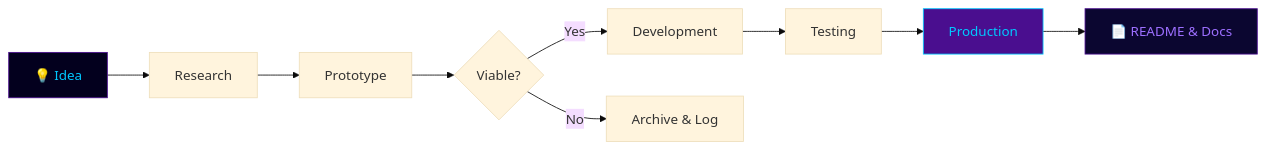
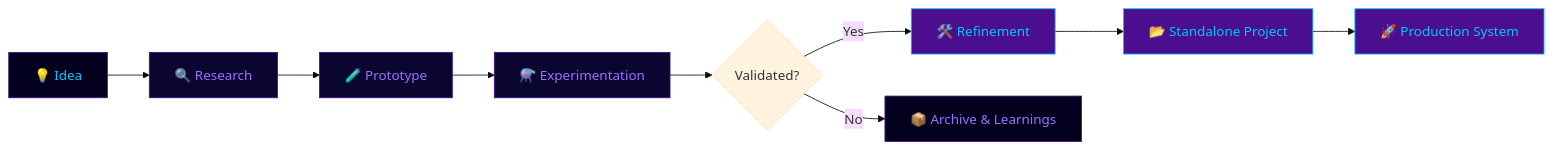
Before and after one commit to ik-awais/Python_Projects: the diagram in PAI/README.md, drawn with Mermaid (base theme). The commit also changed other lines of this file, not shown here.

````diff
--- a/PAI/README.md
+++ b/PAI/README.md
@@ -387,14 +57,19 @@
 ```mermaid
 flowchart LR
-    A[💡 Idea] --> B[Research]
-    B --> C[Prototype]
-    C --> D{Viable?}
-    D -- Yes --> E[Development]
-    D -- No --> F[Archive & Log]
-    E --> G[Testing]
-    G --> H[Production]
-    H --> I[📄 README & Docs]
+    A[💡 Idea] --> B[🔍 Research]
+    B --> C[🧪 Prototype]
+    C --> D[⚗️ Experimentation]
+    D --> E{Validated?}
+    E -- Yes --> F[🛠️ Refinement]
+    E -- No --> G[📦 Archive & Learnings]
+    F --> H[📂 Standalone Project]
+    H --> I[🚀 Production System]
     style A fill:#03001e,color:#00c8ff,stroke:#4a0e8f
+    style B fill:#0b0630,color:#9d6fff,stroke:#4a0e8f
+    style C fill:#0b0630,color:#9d6fff,stroke:#4a0e8f
+    style D fill:#0b0630,color:#9d6fff,stroke:#4a0e8f
+    style F fill:#4a0e8f,color:#00c8ff,stroke:#00c8ff
     style H fill:#4a0e8f,color:#00c8ff,stroke:#00c8ff
-    style I fill:#0b0630,color:#9d6fff,stroke:#4a0e8f
+    style I fill:#4a0e8f,color:#00c8ff,stroke:#00c8ff
+    style G fill:#03001e,color:#9d6fff,stroke:#4a0e8f
 ```
````
